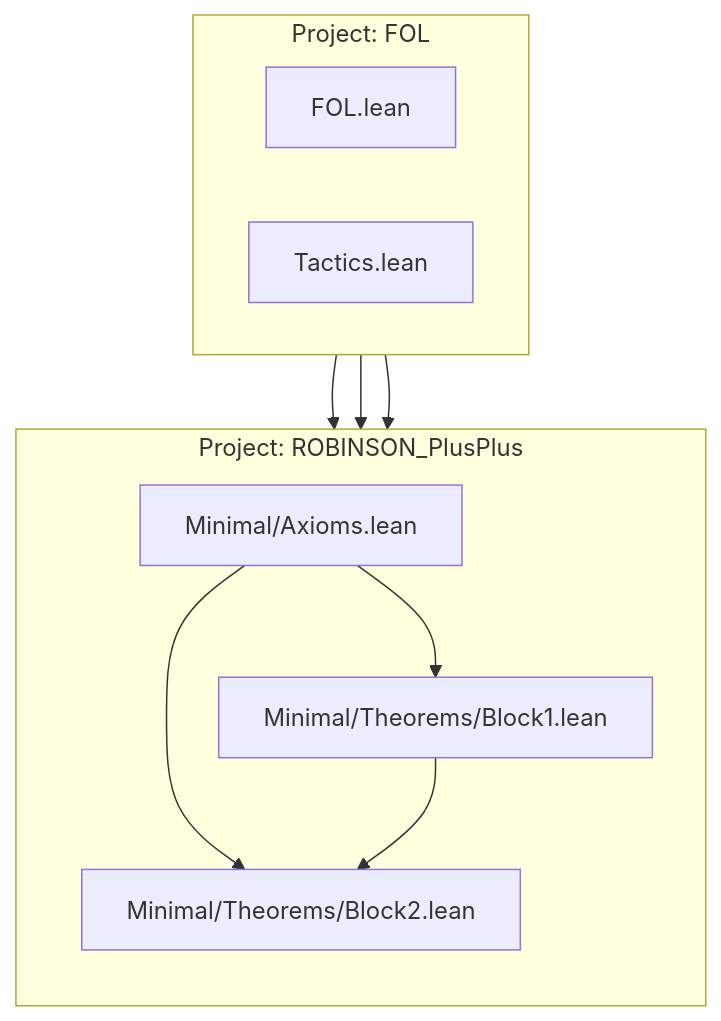
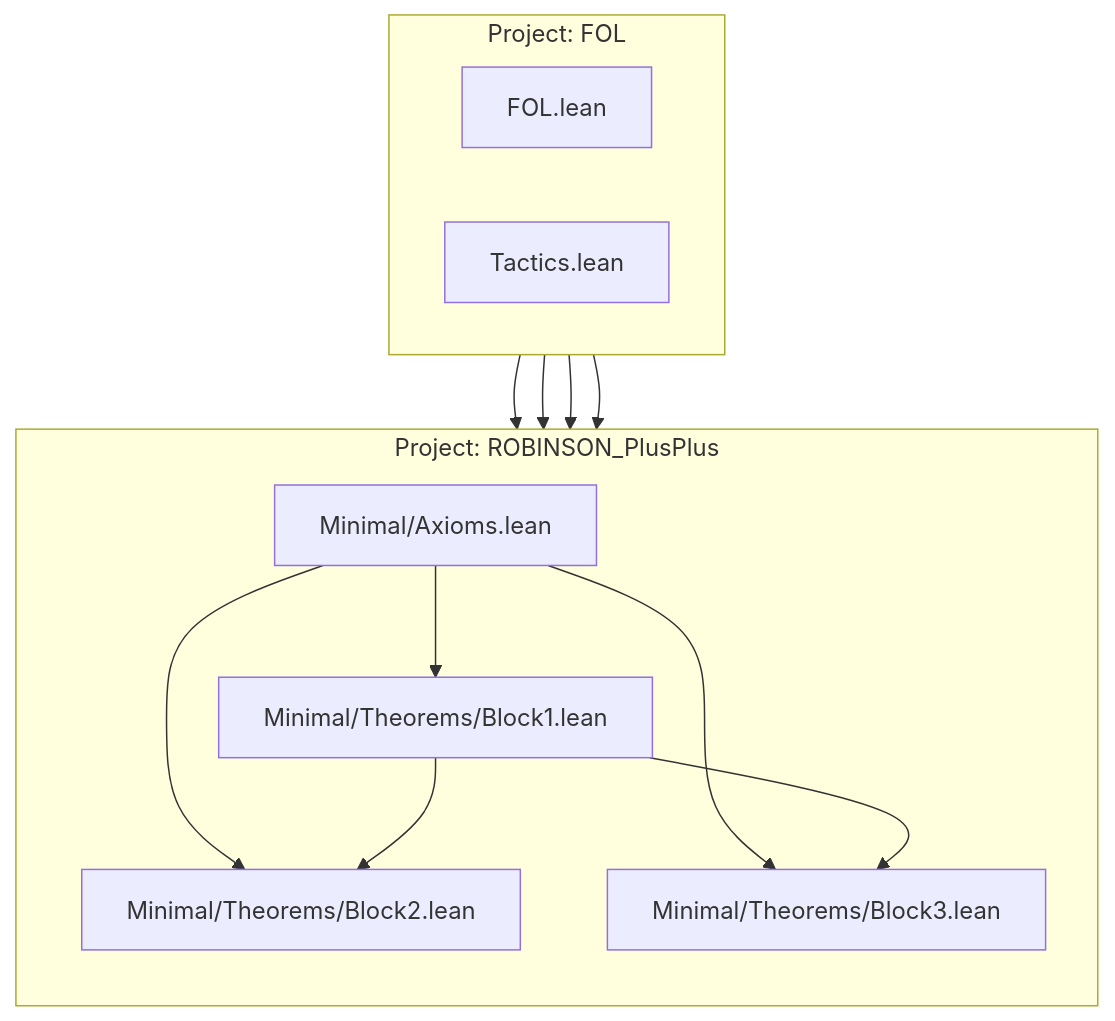
One commit to julian1c2a/ROBINSON_PlusPlus changed the diagram in REFERENCE.md. Above: the diagram before and after it, drawn with Mermaid. The commit also changed other lines of this file and 5 other files, not shown here.

````diff
--- a/REFERENCE.md
+++ b/REFERENCE.md
@@ -101,22 +102,26 @@
 ```mermaid
 graph TD
     subgraph "Project: FOL"
         direction LR
         FOL_FOL["FOL.lean"]
         FOL_Tactics["Tactics.lean"]
     end
 
     subgraph "Project: ROBINSON_PlusPlus"
         direction TB
         Axioms["Minimal/Axioms.lean"]
         Block1["Minimal/Theorems/Block1.lean"]
         Block2["Minimal/Theorems/Block2.lean"]
+        Block3["Minimal/Theorems/Block3.lean"]
     end
 
     FOL_FOL --> Axioms
     Axioms --> Block1
     Axioms --> Block2
+    Axioms --> Block3
     Block1 --> Block2
+    Block1 --> Block3
     FOL_Tactics --> Block1
     FOL_Tactics --> Block2
+    FOL_Tactics --> Block3
 ```
````
